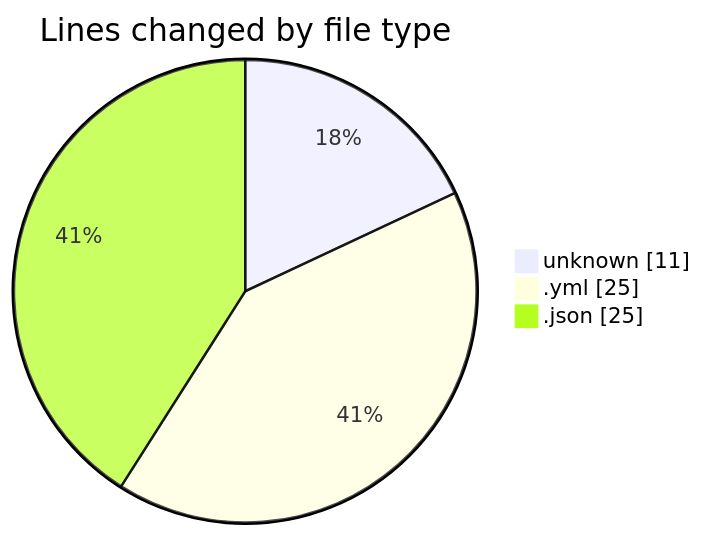
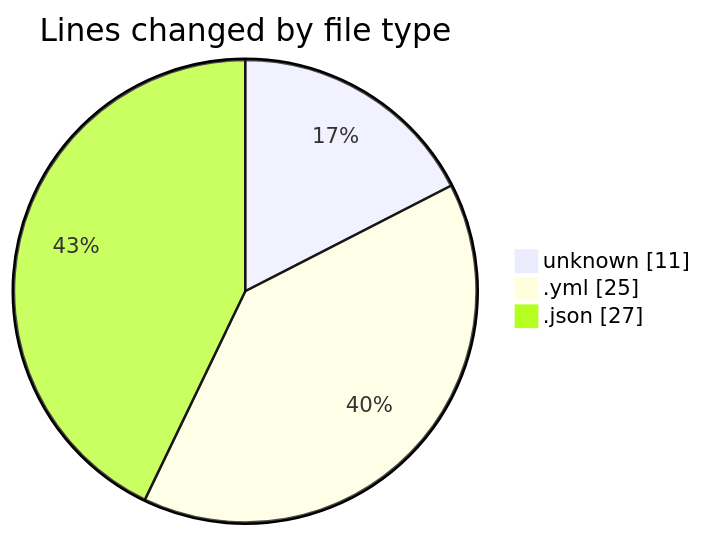
The first of 2 diagrams in 2025-05-09/scripts__workspace_/README.md (earendildev/code-tracking), drawn with Mermaid before and after one commit. The commit also changed other lines of this file and 1 other file, not shown here.

````diff
--- a/2025-05-09/scripts__workspace_/README.md
+++ b/2025-05-09/scripts__workspace_/README.md
@@ -24,7 +24,7 @@
 ```mermaid
 pie showData
 title Lines changed by file type
 "unknown" : 11
 ".yml" : 25
-".json" : 25
+".json" : 27
 ```
````
